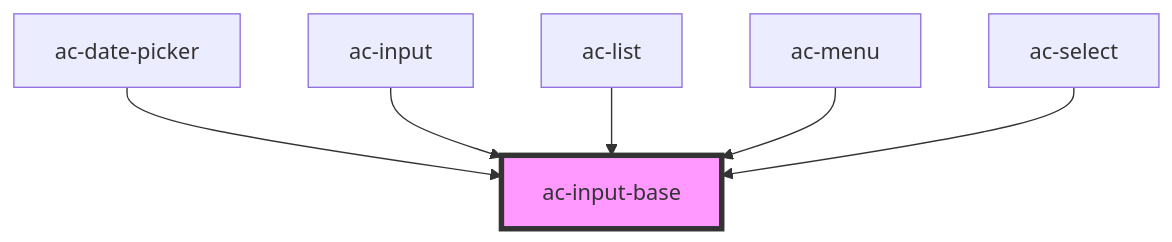
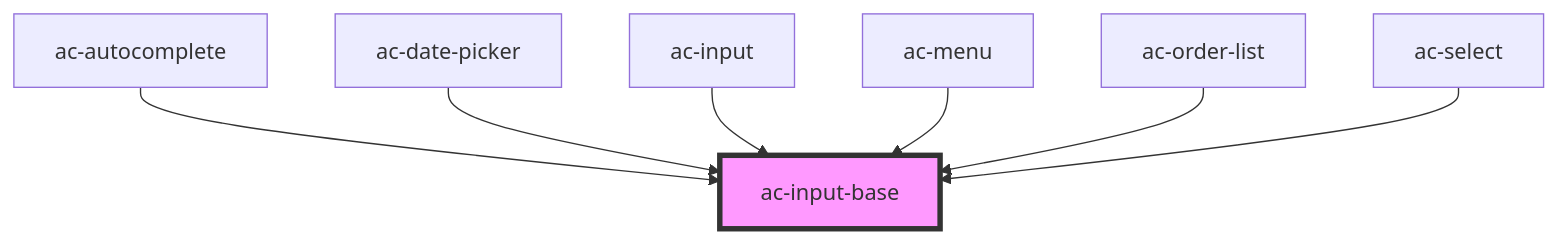
Before and after one commit to accera-tech/solar-components: the diagram in src/components/atoms/ac-input-base/readme.md, drawn with Mermaid. The commit also changed other lines of this file and 19 other files, not shown here.

````diff
--- a/src/components/atoms/ac-input-base/readme.md
+++ b/src/components/atoms/ac-input-base/readme.md
@@ -38908,9 +38909,10 @@
 ```mermaid
 graph TD;
+  ac-autocomplete --> ac-input-base
   ac-date-picker --> ac-input-base
   ac-input --> ac-input-base
-  ac-list --> ac-input-base
   ac-menu --> ac-input-base
+  ac-order-list --> ac-input-base
   ac-select --> ac-input-base
   style ac-input-base fill:#f9f,stroke:#333,stroke-width:4px
 ```
````
